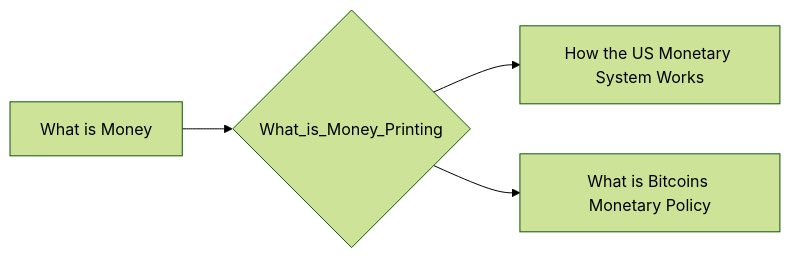
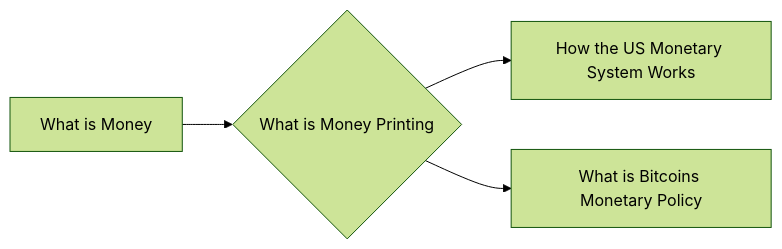
Before and after one commit to lpurdy01/crypto-knowledge-map: the diagram in notes/What_is_Money_Printing.md, drawn with Mermaid (forest theme). The commit also changed 58 other files, not shown here.

````diff
--- a/notes/What_is_Money_Printing.md
+++ b/notes/What_is_Money_Printing.md
@@ -9,6 +9,6 @@
 ```mermaid
 graph LR
-1["What is Money"]-->0{"What_is_Money_Printing"}
-0{"What_is_Money_Printing"}-->2["How the US Monetary System Works"]
-0{"What_is_Money_Printing"}-->3["What is Bitcoins Monetary Policy"]
+1["What is Money"]-->0{"What is Money Printing"}
+0{"What is Money Printing"}-->2["How the US Monetary System Works"]
+0{"What is Money Printing"}-->3["What is Bitcoins Monetary Policy"]
 ```
````
